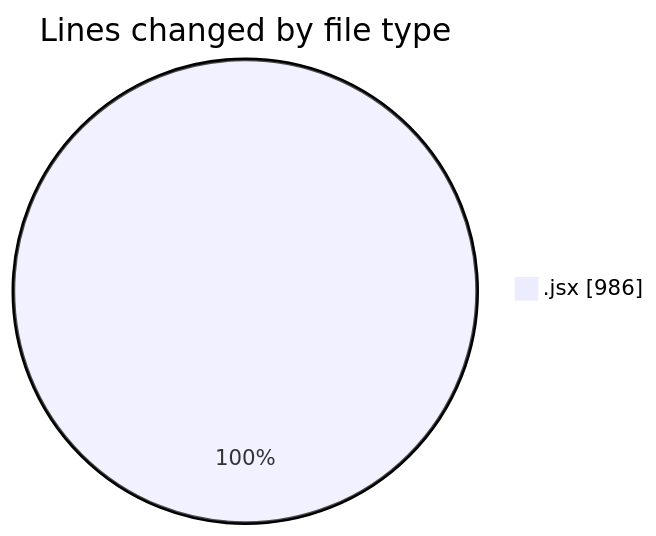
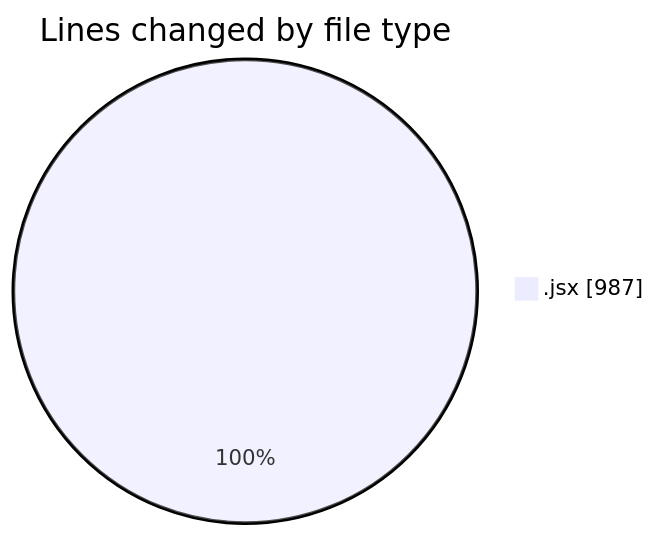
The first of 2 diagrams in 2025-11-20/nxtqube_webapp/README.md (nxtqubesakshisongat/code-tracking), drawn with Mermaid before and after one commit. The commit also changed other lines of this file and 1 other file, not shown here.

````diff
--- a/2025-11-20/nxtqube_webapp/README.md
+++ b/2025-11-20/nxtqube_webapp/README.md
@@ -21,5 +21,5 @@
 ```mermaid
 pie showData
 title Lines changed by file type
-".jsx" : 986
+".jsx" : 987
 ```
````
